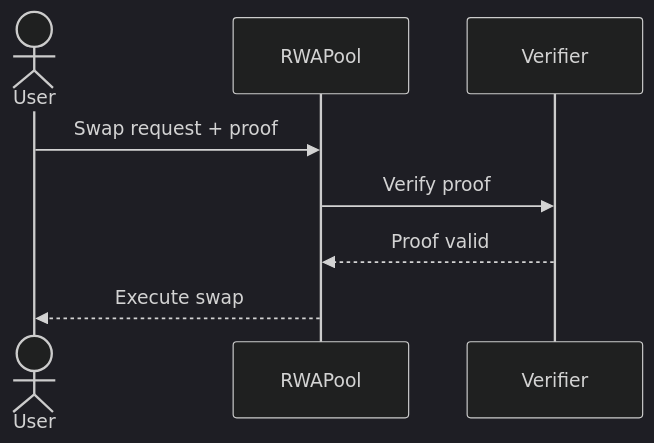
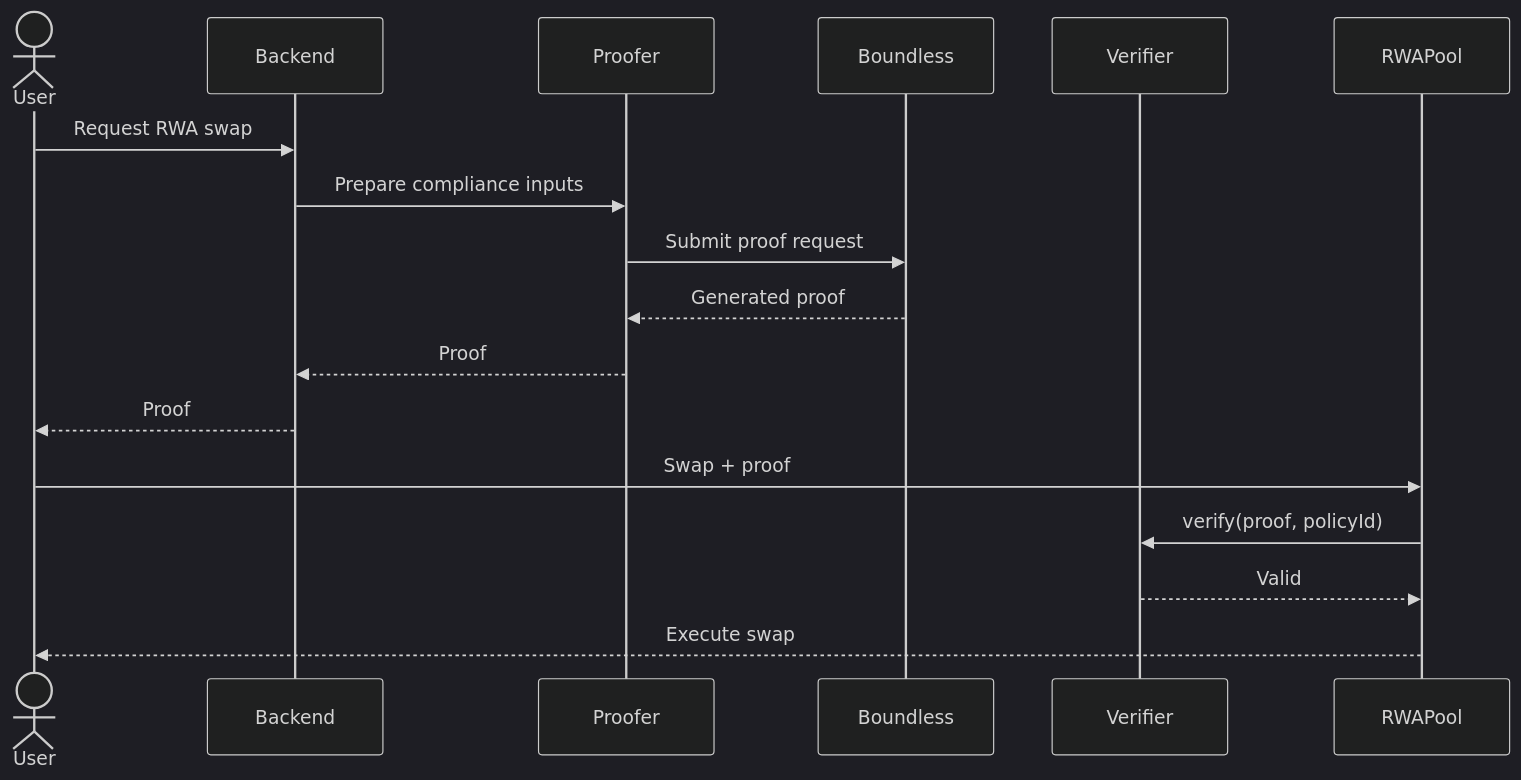
Before and after one commit to yehia67/mantle-usd: the third of 6 diagrams in README.md, drawn with Mermaid (dark theme). The commit also changed other lines of this file, not shown here.

````diff
--- a/README.md
+++ b/README.md
@@ -110,11 +181,21 @@
 ```mermaid
 sequenceDiagram
     actor User
+    participant Backend
+    participant Proofer
+    participant Boundless
+    participant Verifier
     participant RWAPool
-    participant Verifier
 
-    User->>RWAPool: Swap request + proof
-    RWAPool->>Verifier: Verify proof
-    Verifier-->>RWAPool: Proof valid
+    User->>Backend: Request RWA swap
+    Backend->>Proofer: Prepare compliance inputs
+    Proofer->>Boundless: Submit proof request
+    Boundless-->>Proofer: Generated proof
+    Proofer-->>Backend: Proof
+    Backend-->>User: Proof
+
+    User->>RWAPool: Swap + proof
+    RWAPool->>Verifier: verify(proof, policyId)
+    Verifier-->>RWAPool: Valid
     RWAPool-->>User: Execute swap
 ```
````
